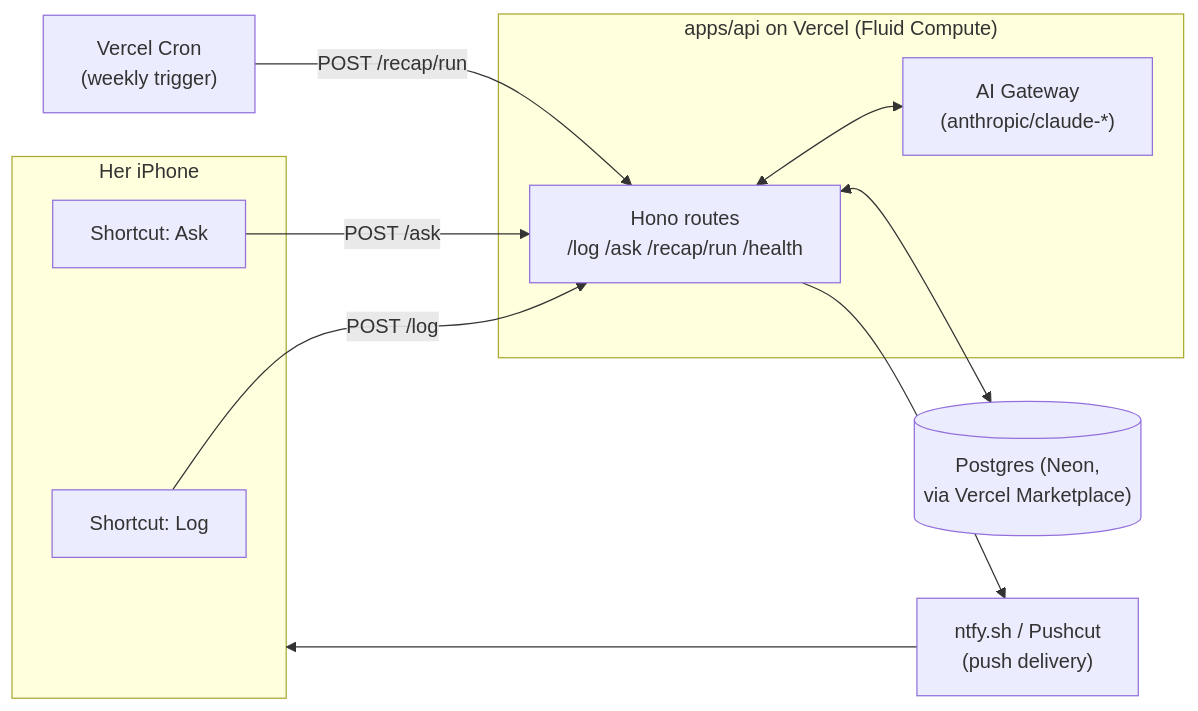
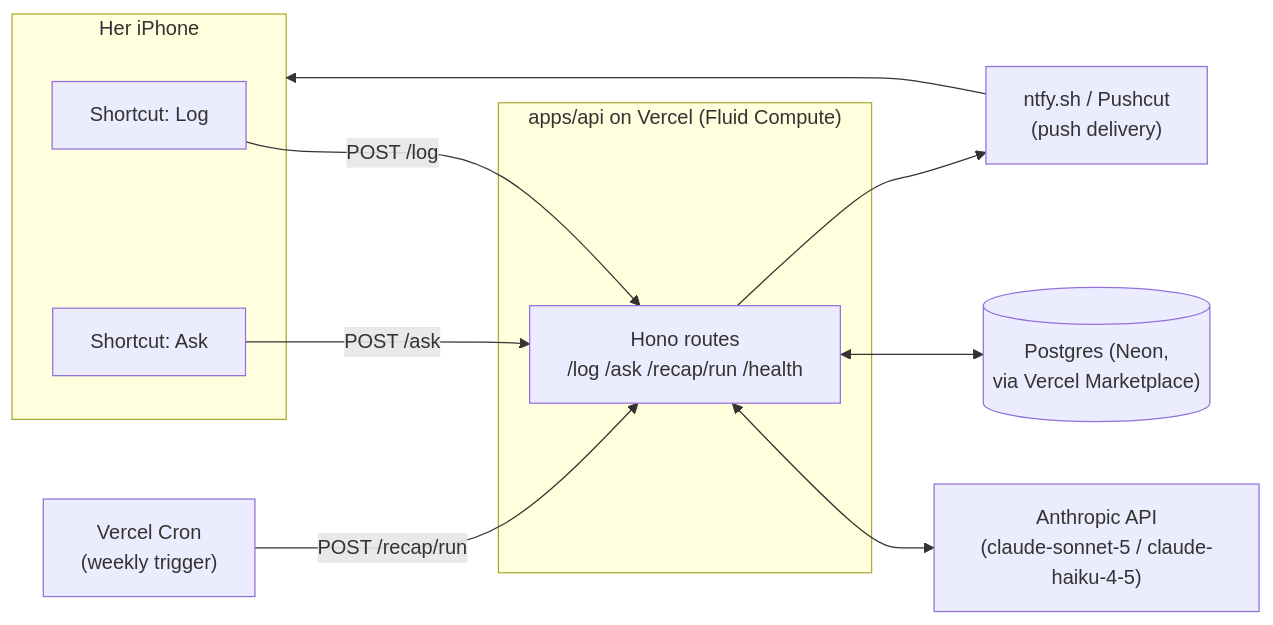
One commit to BenitoPedro13/lumen changed the diagram in docs/architecture/overview.md. Above: the diagram before and after it, drawn with Mermaid. The commit also changed other lines of this file and 15 other files, not shown here.

````diff
--- a/docs/architecture/overview.md
+++ b/docs/architecture/overview.md
@@ -77,24 +77,24 @@
 ```mermaid
 flowchart LR
     subgraph Phone["Her iPhone"]
         S1["Shortcut: Log"]
         S2["Shortcut: Ask"]
     end
 
     subgraph Vercel["apps/api on Vercel (Fluid Compute)"]
         API["Hono routes\n/log /ask /recap/run /health"]
-        GW["AI Gateway\n(anthropic/claude-*)"]
     end
 
+    ANTH["Anthropic API\n(claude-sonnet-5 / claude-haiku-4-5)"]
     DB[("Postgres (Neon,\nvia Vercel Marketplace)")]
     CRON["Vercel Cron\n(weekly trigger)"]
     PUSH["ntfy.sh / Pushcut\n(push delivery)"]
 
     S1 -- "POST /log" --> API
     S2 -- "POST /ask" --> API
-    API <--> GW
+    API <--> ANTH
     API <--> DB
     CRON -- "POST /recap/run" --> API
     API --> PUSH
     PUSH --> Phone
 ```
````
